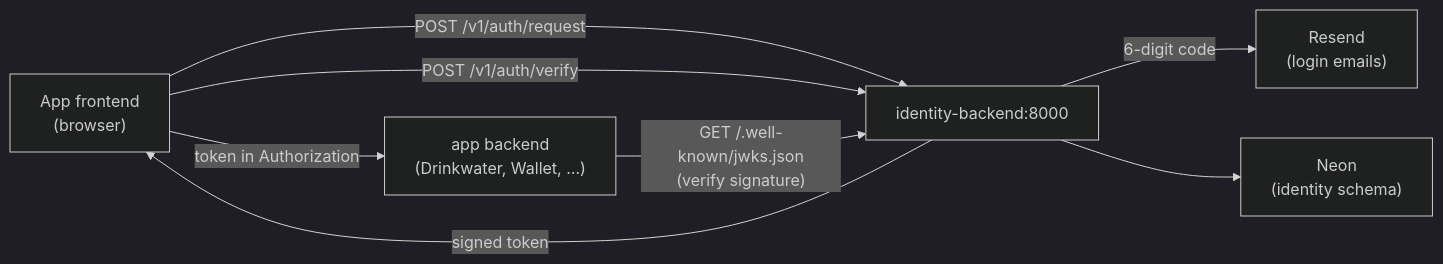
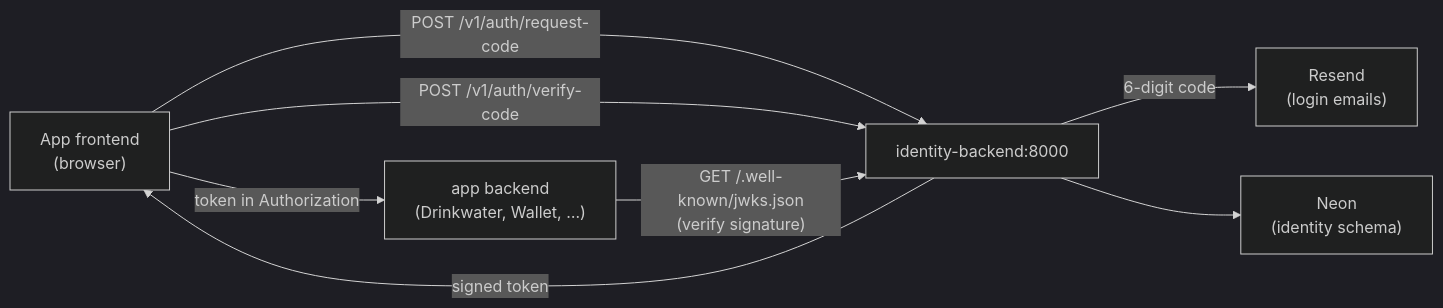
The diagram in README.md (ducktivity/identity), drawn with Mermaid (dark theme) before and after one commit. The commit also changed other lines of this file and 3 other files, not shown here.

Commit message:
refactor: rename auth routes to /request-code and /verify-code

````diff
--- a/README.md
+++ b/README.md
@@ -19,16 +19,16 @@
 ```mermaid
 flowchart LR
     browser["App frontend<br/>(browser)"]
     id["identity-backend:8000"]
     app["app backend<br/>(Drinkwater, Wallet, …)"]
     neon["Neon<br/>(identity schema)"]
     resend["Resend<br/>(login emails)"]
 
-    browser -- "POST /v1/auth/request" --> id
+    browser -- "POST /v1/auth/request-code" --> id
     id -- "6-digit code" --> resend
-    browser -- "POST /v1/auth/verify" --> id
+    browser -- "POST /v1/auth/verify-code" --> id
     id -- "signed token" --> browser
     browser -- "token in Authorization" --> app
     app -- "GET /.well-known/jwks.json<br/>(verify signature)" --> id
     id --> neon
 ```
````
